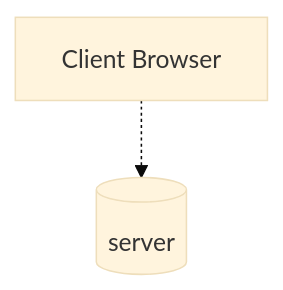
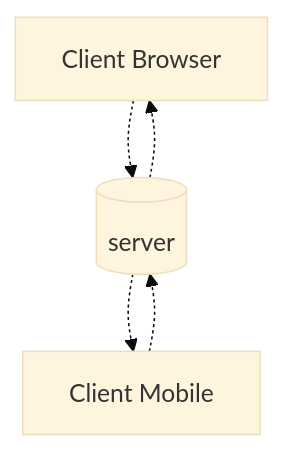
Before and after one commit to asyncapi/website: the first of 2 diagrams in pages/docs/concepts/server.md, drawn with Mermaid (base theme).

````diff
--- a/pages/docs/concepts/server.md
+++ b/pages/docs/concepts/server.md
@@ -8,5 +8,8 @@
 ```mermaid
 flowchart TD
     a[Client Browser] -.-> b[(server)]
+    b -.-> a
+    c[Client Mobile] -.-> b[(server)]
+    b -.-> c
     
 ```
````
